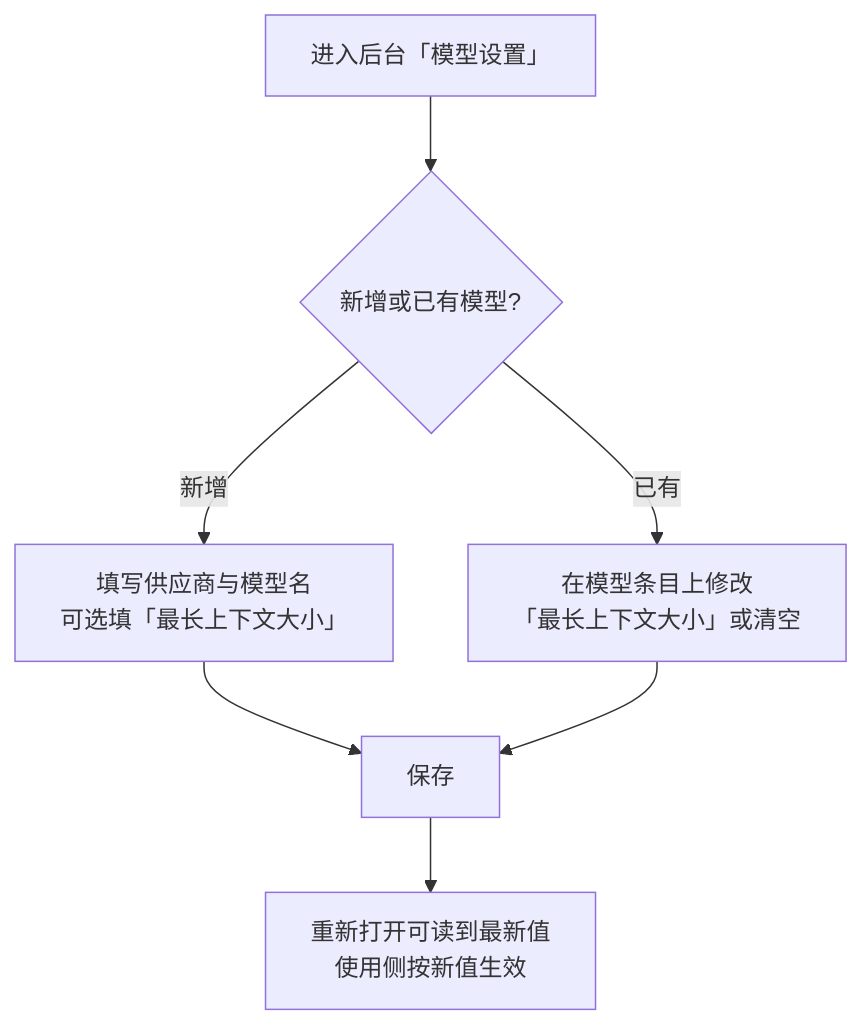
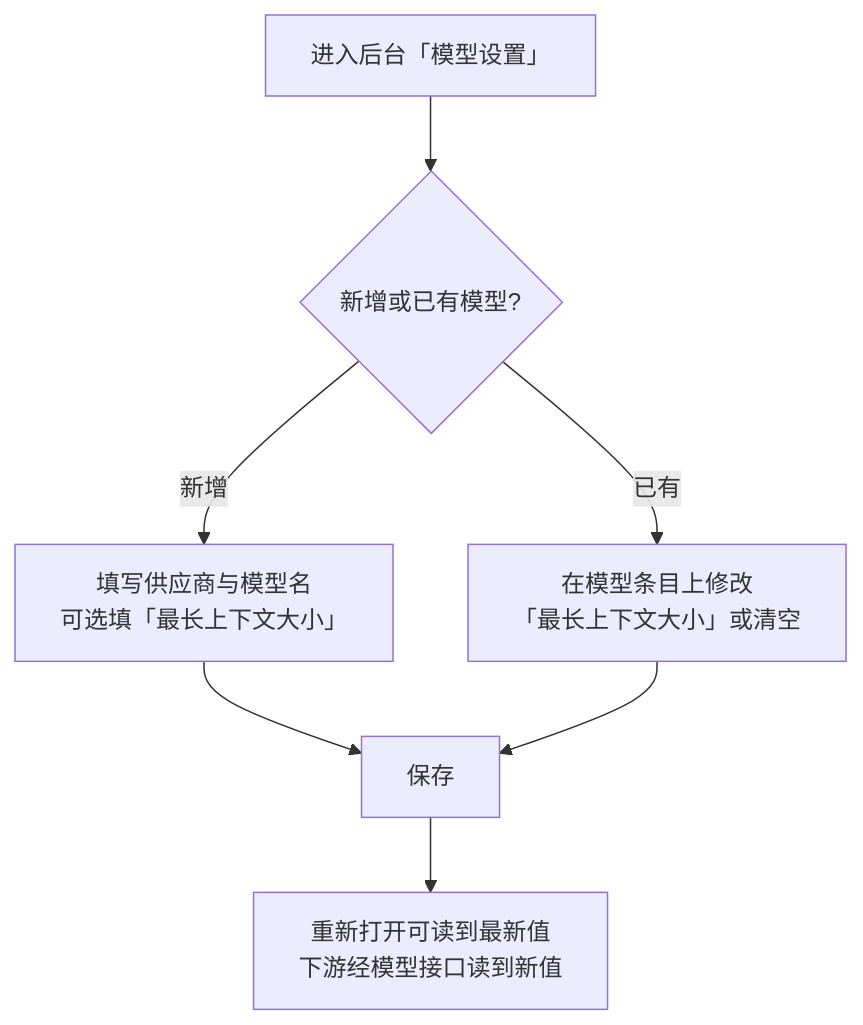
Before and after one commit to Deliay/z-agent-gear: the second of 2 diagrams in docs/product/draft/20261023-cloud-container-optimization-phase2.md, drawn with Mermaid. The commit also changed other lines of this file and 2 other files, not shown here.

````diff
--- a/docs/product/draft/20261023-cloud-container-optimization-phase2.md
+++ b/docs/product/draft/20261023-cloud-container-optimization-phase2.md
@@ -112,9 +114,9 @@
 ```mermaid
 flowchart TD
     A[进入后台「模型设置」] --> B{新增或已有模型?}
     B -->|新增| C[填写供应商与模型名<br/>可选填「最长上下文大小」]
     B -->|已有| D[在模型条目上修改<br/>「最长上下文大小」或清空]
     C --> E[保存]
     D --> E
-    E --> F[重新打开可读到最新值<br/>使用侧按新值生效]
+    E --> F[重新打开可读到最新值<br/>下游经模型接口读到新值]
 ```
````
